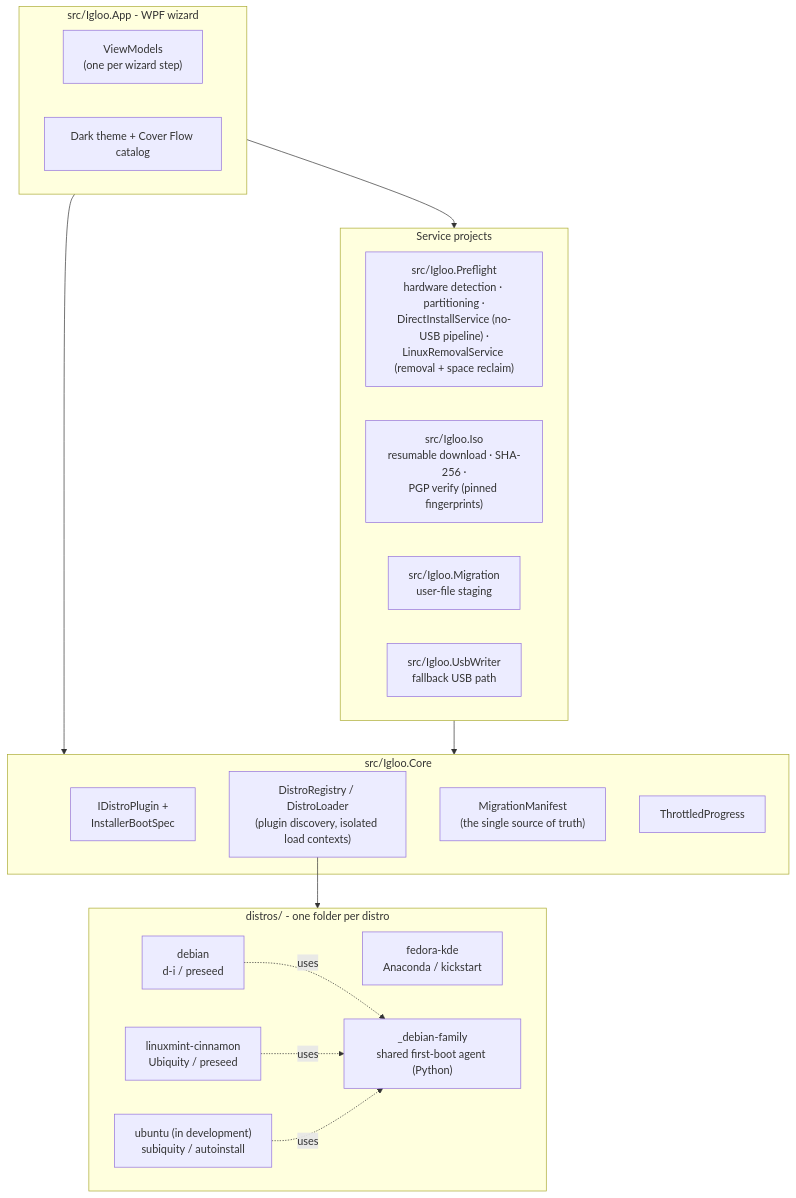
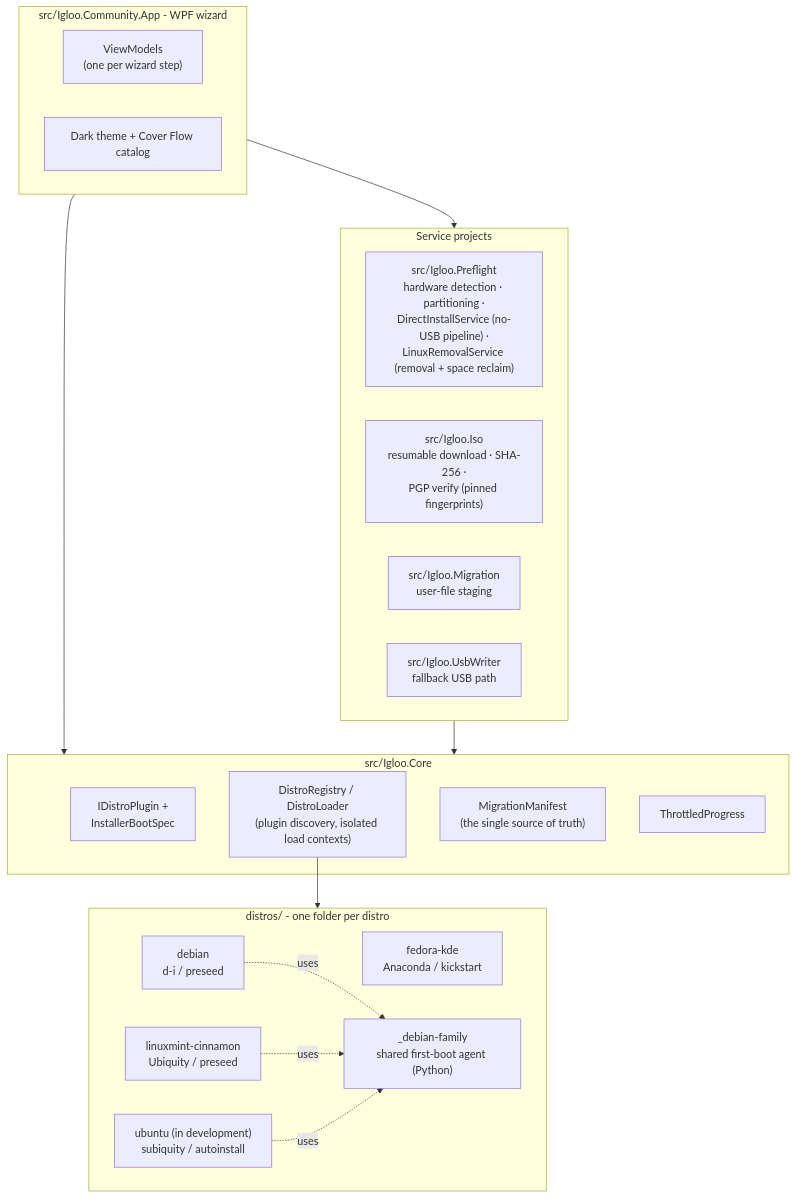
The second of 6 diagrams in docs/architecture.md (gillesduif/iGloo), drawn with Mermaid before and after one commit. The commit also changed 150 other files, not shown here.

````diff
--- a/docs/architecture.md
+++ b/docs/architecture.md
@@ -36,37 +36,37 @@
 ```mermaid
 flowchart TD
-    subgraph APP["src/Igloo.App - WPF wizard"]
+    subgraph APP["src/Igloo.Community.App - WPF wizard"]
         VM["ViewModels<br>(one per wizard step)"]
         THEME["Dark theme + Cover Flow catalog"]
     end
 
     subgraph CORE["src/Igloo.Core"]
         IDP["IDistroPlugin +<br>InstallerBootSpec"]
         REG["DistroRegistry / DistroLoader<br>(plugin discovery, isolated load contexts)"]
         MAN["MigrationManifest<br>(the single source of truth)"]
         THR["ThrottledProgress"]
     end
 
     subgraph SVC["Service projects"]
         PRE["src/Igloo.Preflight<br>hardware detection · partitioning ·<br>DirectInstallService (no-USB pipeline) ·<br>LinuxRemovalService (removal + space reclaim)"]
         ISO["src/Igloo.Iso<br>resumable download · SHA-256 ·<br>PGP verify (pinned fingerprints)"]
         MIG["src/Igloo.Migration<br>user-file staging"]
         USB["src/Igloo.UsbWriter<br>fallback USB path"]
     end
 
     subgraph PLUG["distros/ - one folder per distro"]
         FED["fedora-kde<br>Anaconda / kickstart"]
         DEB["debian<br>d-i / preseed"]
         MINT["linuxmint-cinnamon<br>Ubiquity / preseed"]
         UBU["ubuntu (in development)<br>subiquity / autoinstall"]
         FAM["_debian-family<br>shared first-boot agent (Python)"]
     end
 
     APP --> CORE
     APP --> SVC
     SVC --> CORE
     REG --> PLUG
     DEB -.uses.-> FAM
     MINT -.uses.-> FAM
     UBU -.uses.-> FAM
 ```
````
